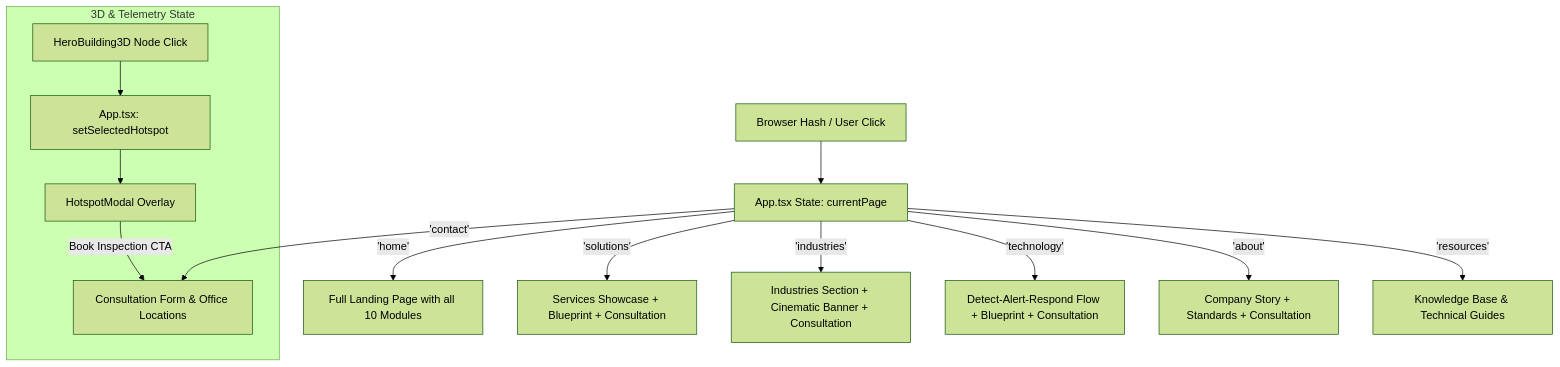
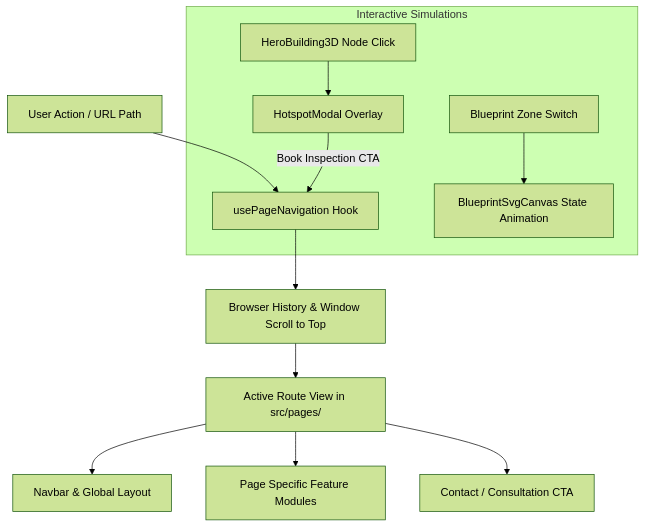
One commit to words4web/cosmic-fire changed the diagram in context.md. Above: the diagram before and after it, drawn with Mermaid (forest theme). The commit also changed other lines of this file and 7 other files, not shown here.

````diff
--- a/context.md
+++ b/context.md
@@ -88,18 +138,16 @@
 ```mermaid
 flowchart TD
-    A[Browser Hash / User Click] --> B[App.tsx State: currentPage]
+    A[User Action / URL Path] --> B[usePageNavigation Hook]
+    B --> C[Browser History & Window Scroll to Top]
+    C --> D[Active Route View in src/pages/]
 
-    B -->|'home'| C[Full Landing Page with all 10 Modules]
-    B -->|'solutions'| D[Services Showcase + Blueprint + Consultation]
-    B -->|'industries'| E[Industries Section + Cinematic Banner + Consultation]
-    B -->|'technology'| F[Detect-Alert-Respond Flow + Blueprint + Consultation]
-    B -->|'about'| G[Company Story + Standards + Consultation]
-    B -->|'resources'| H[Knowledge Base & Technical Guides]
-    B -->|'contact'| I[Consultation Form & Office Locations]
+    D --> E[Navbar & Global Layout]
+    D --> F[Page Specific Feature Modules]
+    D --> G[Contact / Consultation CTA]
 
-    subgraph 3D & Telemetry State
-        J[HeroBuilding3D Node Click] --> K[App.tsx: setSelectedHotspot]
-        K --> L[HotspotModal Overlay]
-        L -->|Book Inspection CTA| I
+    subgraph Interactive Simulations
+        H[HeroBuilding3D Node Click] --> I[HotspotModal Overlay]
+        I -->|Book Inspection CTA| B
+        J[Blueprint Zone Switch] --> K[BlueprintSvgCanvas State Animation]
     end
 ```
````
